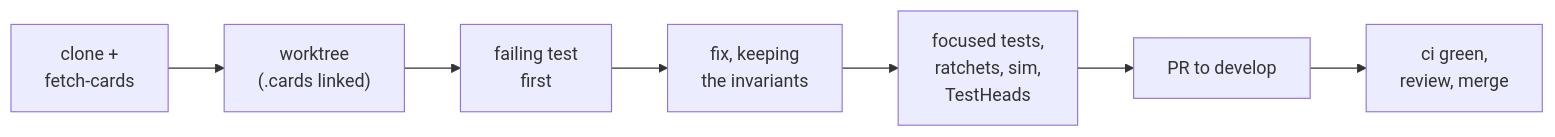
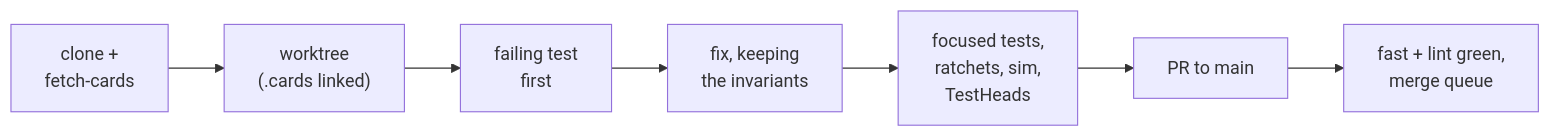
The diagram in docs/site/contributing/index.md (adams-shaun/gorge), drawn with Mermaid before and after one commit. The commit also changed other lines of this file and 8 other files, not shown here.

Commit message:
docs: describe the Mergify merge queue to main, retire develop/promote

````diff
--- a/docs/site/contributing/index.md
+++ b/docs/site/contributing/index.md
@@ -9,9 +9,9 @@
 ```mermaid
 flowchart LR
   setup["clone +<br/>fetch-cards"] --> wt["worktree<br/>(.cards linked)"]
   wt --> test["failing test<br/>first"]
   test --> fix["fix, keeping<br/>the invariants"]
   fix --> gates["focused tests,<br/>ratchets, sim,<br/>TestHeads"]
-  gates --> pr["PR to develop"]
-  pr --> ci["ci green,<br/>review, merge"]
+  gates --> pr["PR to main"]
+  pr --> ci["fast + lint green,<br/>merge queue"]
 ```
````
